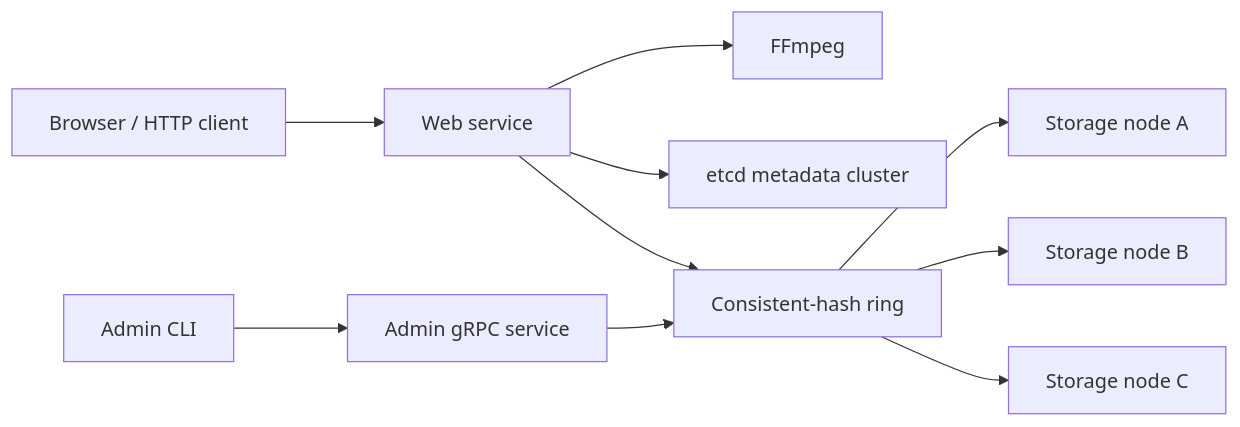
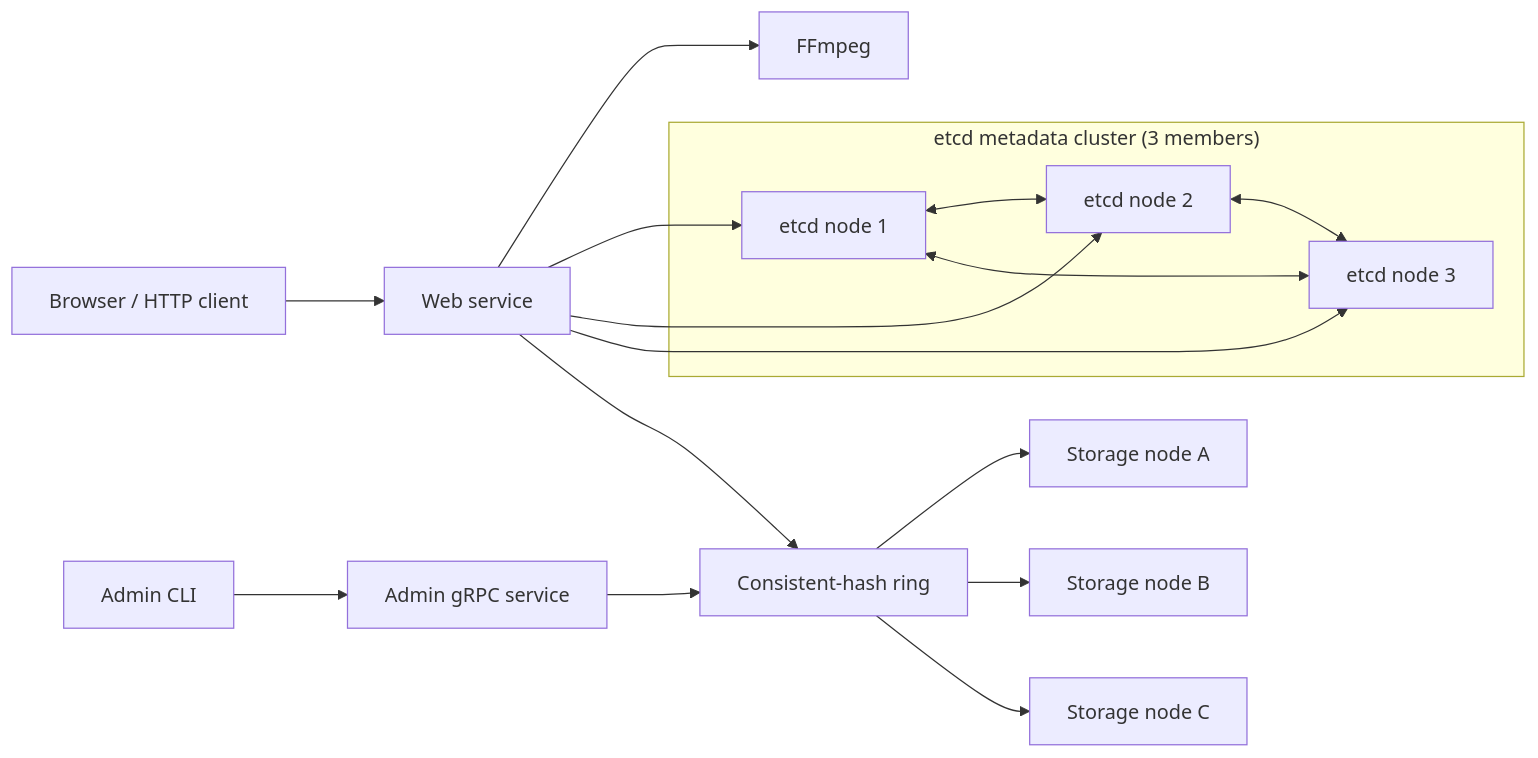
One commit to Leon-CYL/TritonTube changed the diagram in README.md. Above: the diagram before and after it, drawn with Mermaid. The commit also changed other lines of this file, not shown here.

Commit message:
Update Architecture Diagram

````diff
--- a/README.md
+++ b/README.md
@@ -13,12 +11,24 @@
 ```mermaid
 flowchart LR
     U["Browser / HTTP client"] --> W["Web service"]
     W --> F["FFmpeg"]
-    W --> E["etcd metadata cluster"]
+
+    subgraph E["etcd metadata cluster (3 members)"]
+        E1["etcd node 1"]
+        E2["etcd node 2"]
+        E3["etcd node 3"]
+        E1 <--> E2
+        E2 <--> E3
+        E3 <--> E1
+    end
+
+    W --> E1
+    W --> E2
+    W --> E3
     W --> H["Consistent-hash ring"]
     H --> S1["Storage node A"]
     H --> S2["Storage node B"]
     H --> S3["Storage node C"]
     A["Admin CLI"] --> G["Admin gRPC service"]
     G --> H
 ```
````
